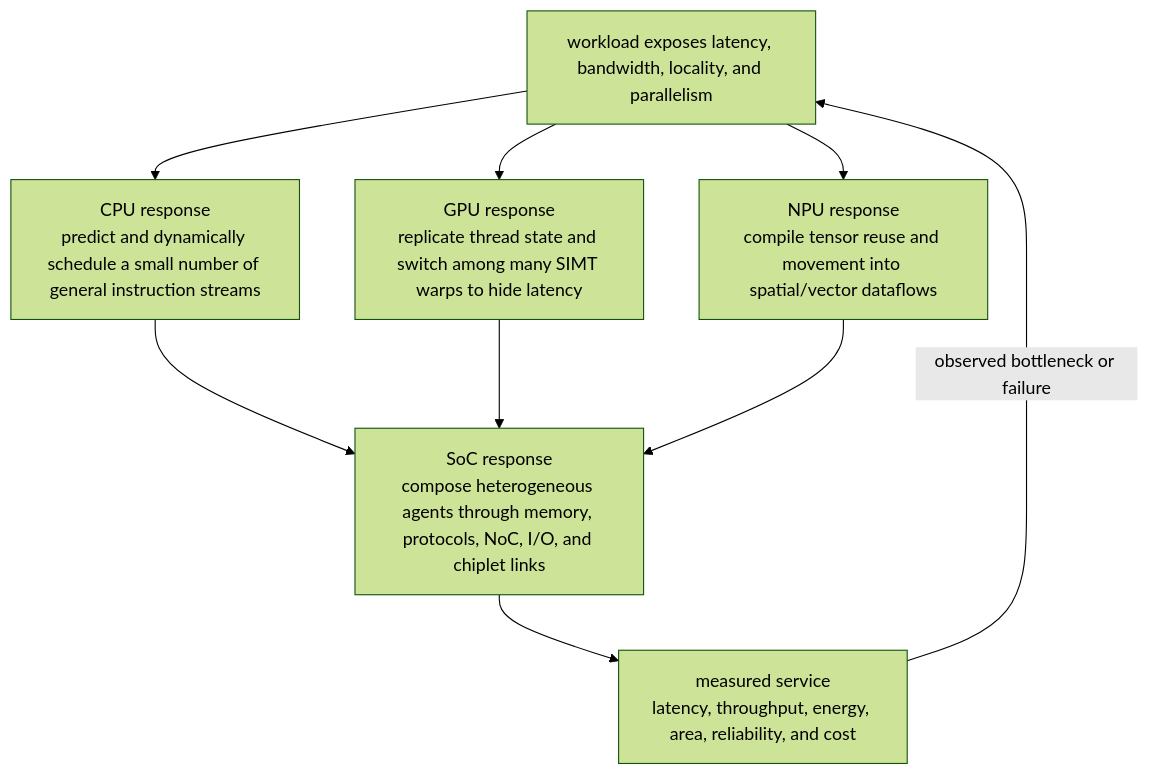
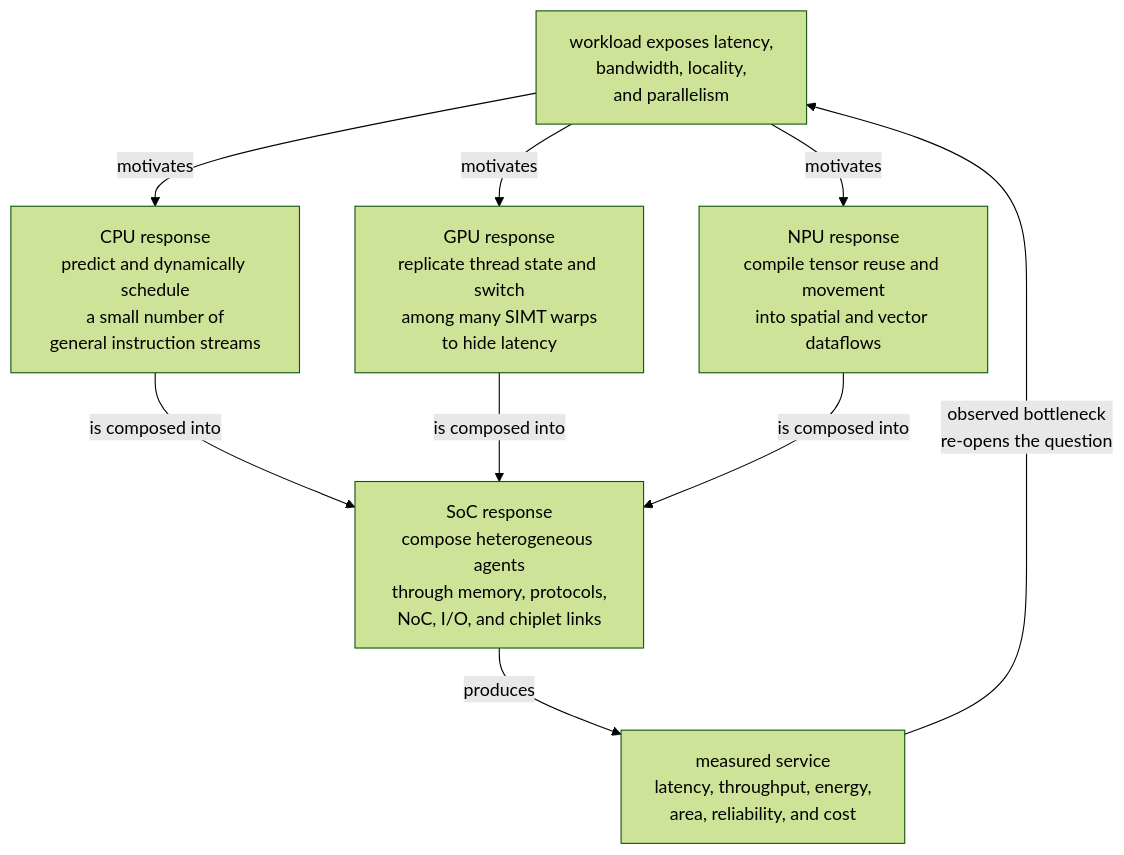
One commit to Wty2003328/silicon-design-notebook changed the second of 2 diagrams in 01_Architecture_and_PPA/00_Index.md. Above: the diagram before and after it, drawn with Mermaid (forest theme). The commit also changed other lines of this file and 125 other files, not shown here.

First line of the commit message:
Complete the AMBA family, refresh the learning path, and make every figure and formula actually render

````diff
--- a/01_Architecture_and_PPA/00_Index.md
+++ b/01_Architecture_and_PPA/00_Index.md
@@ -41,11 +41,11 @@
 ```mermaid
 flowchart TD
-    W["workload exposes latency, bandwidth, locality, and parallelism"] --> CPU["CPU response<br/>predict and dynamically schedule a small number of general instruction streams"]
-    W --> GPU["GPU response<br/>replicate thread state and switch among many SIMT warps to hide latency"]
-    W --> NPU["NPU response<br/>compile tensor reuse and movement into spatial/vector dataflows"]
-    CPU --> SOC["SoC response<br/>compose heterogeneous agents through memory, protocols, NoC, I/O, and chiplet links"]
-    GPU --> SOC
-    NPU --> SOC
-    SOC --> E["measured service<br/>latency, throughput, energy, area, reliability, and cost"]
-    E -->|"observed bottleneck or failure"| W
+    W["workload exposes latency,<br/>bandwidth, locality,<br/>and parallelism"] -->|"motivates"| CPU["CPU response<br/>predict and dynamically schedule<br/>a small number of<br/>general instruction streams"]
+    W -->|"motivates"| GPU["GPU response<br/>replicate thread state and switch<br/>among many SIMT warps<br/>to hide latency"]
+    W -->|"motivates"| NPU["NPU response<br/>compile tensor reuse and movement<br/>into spatial and vector dataflows"]
+    CPU -->|"is composed into"| SOC["SoC response<br/>compose heterogeneous agents<br/>through memory, protocols,<br/>NoC, I/O, and chiplet links"]
+    GPU -->|"is composed into"| SOC
+    NPU -->|"is composed into"| SOC
+    SOC -->|"produces"| E["measured service<br/>latency, throughput, energy,<br/>area, reliability, and cost"]
+    E -->|"observed bottleneck<br/>re-opens the question"| W
 ```
````
